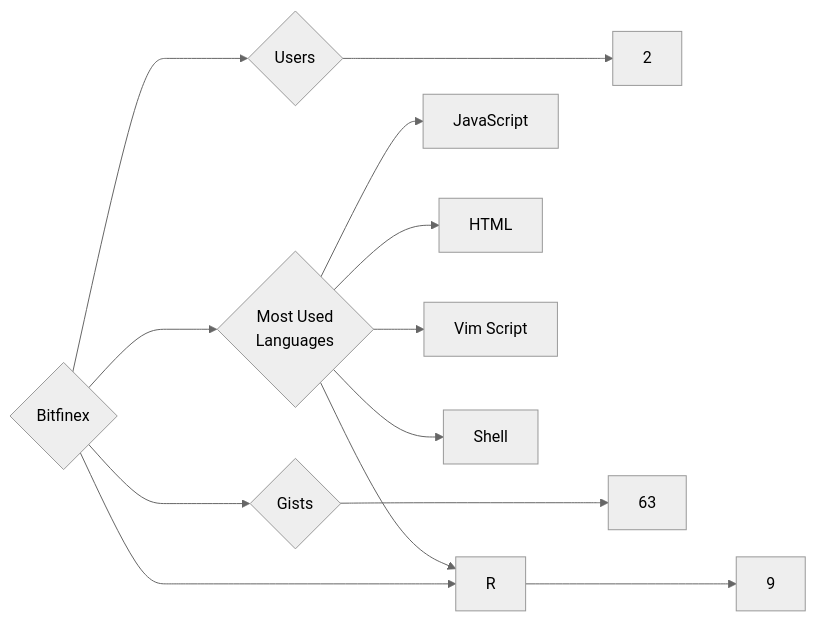
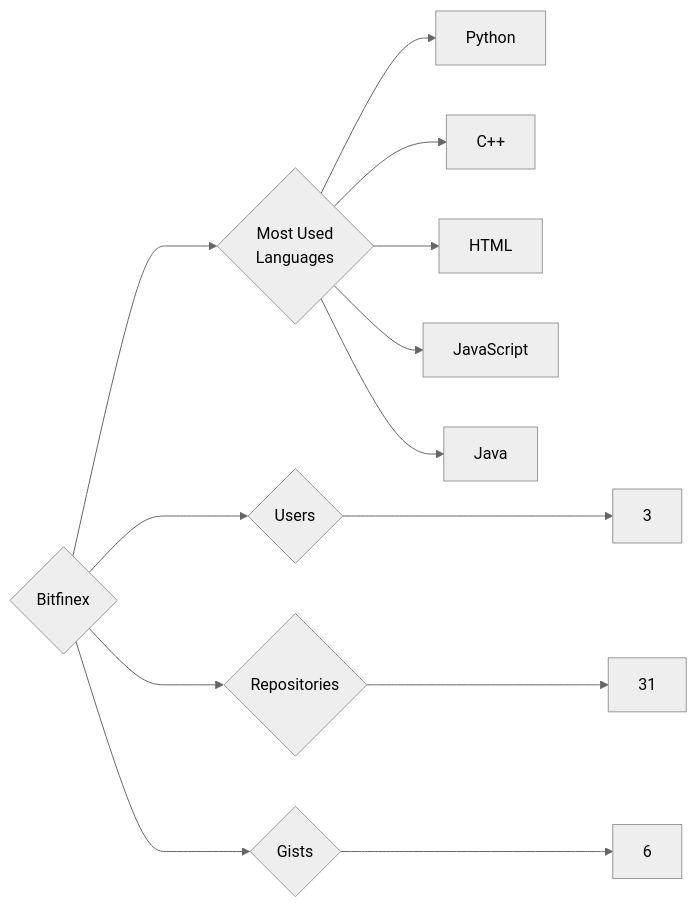
Before and after one commit to trickest/insiders: the diagram in targets/Bitfinex/README.md, drawn with Mermaid (neutral theme). The commit also changed 840 other files, not shown here.

````diff
--- a/targets/Bitfinex/README.md
+++ b/targets/Bitfinex/README.md
@@ -3,13 +3,13 @@
 ```mermaid
 graph LR
 COMPANY_NAME{Bitfinex}
-COMPANY_NAME ---> U{Users} ---> UN[2]
-COMPANY_NAME ---> R{Repositories} ---> RN[9]
-COMPANY_NAME ---> G{Gists} ---> GN[63]
+COMPANY_NAME ---> U{Users} ---> UN[3]
+COMPANY_NAME ---> R{Repositories} ---> RN[31]
+COMPANY_NAME ---> G{Gists} ---> GN[6]
 COMPANY_NAME ---> ML{Most Used<br>Languages}
+ML --> Python[Python]
+ML --> C++[C++]
+ML --> HTML[HTML]
 ML --> JavaScript[JavaScript]
-ML --> HTML[HTML]
-ML --> Vim_Script[Vim Script]
-ML --> Shell[Shell]
-ML --> R[R]
+ML --> Java[Java]
 ```
````
